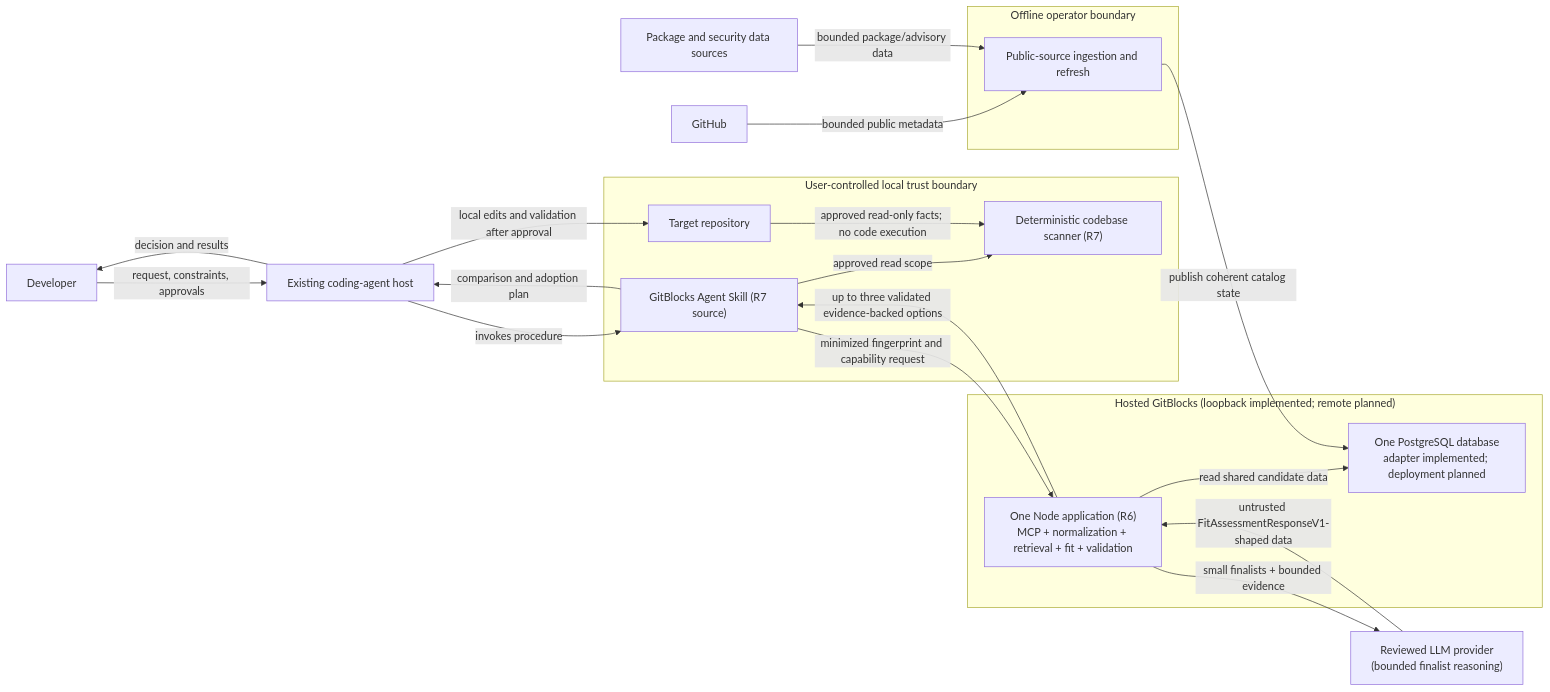
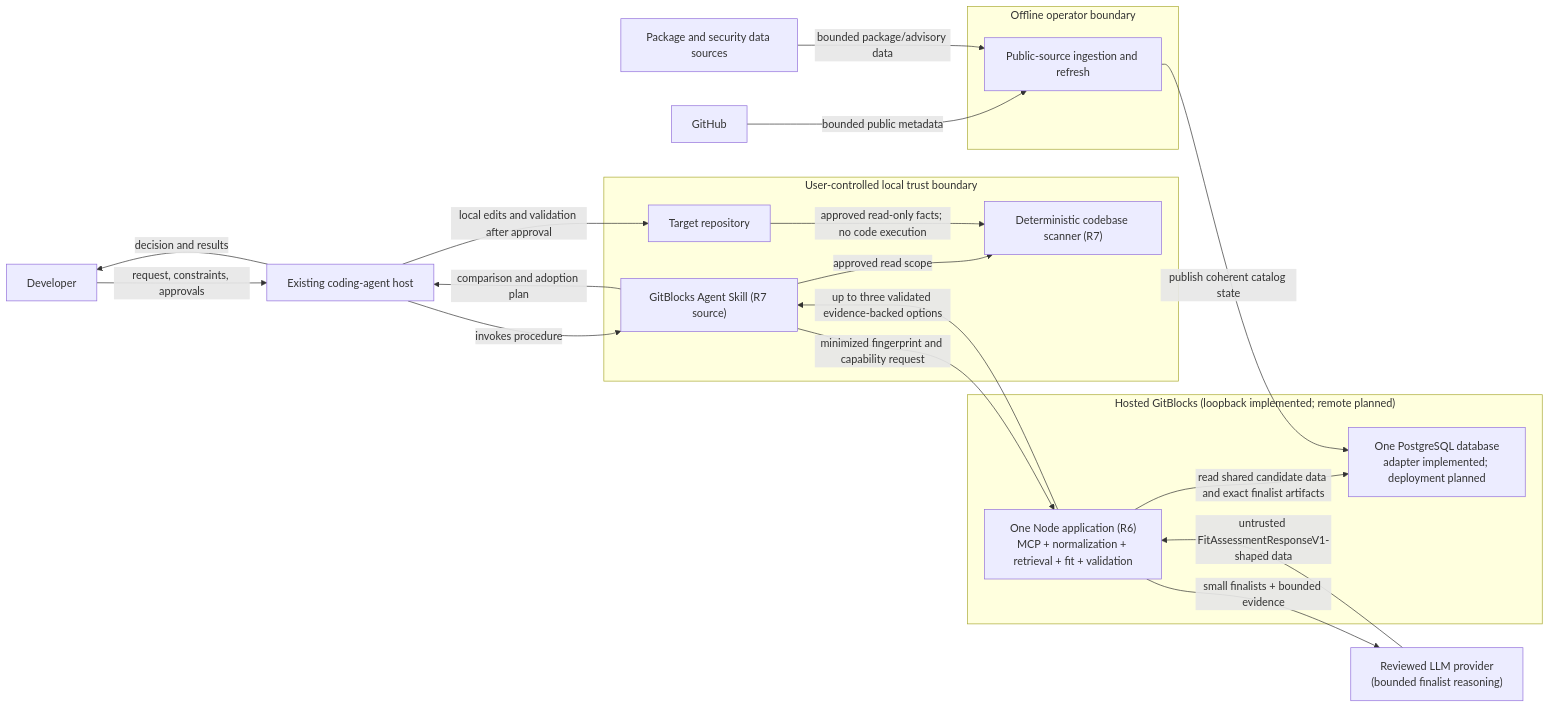
Before and after one commit to kgudipati/gitblocks: the first of 2 diagrams in docs/architecture/system-context.md, drawn with Mermaid. The commit also changed other lines of this file and 37 other files, not shown here.

````diff
--- a/docs/architecture/system-context.md
+++ b/docs/architecture/system-context.md
@@ -242,39 +252,39 @@
 ```mermaid
 flowchart LR
     Developer["Developer"]
     Agent["Existing coding-agent host"]
     GitHub["GitHub"]
     Sources["Package and security data sources"]
     Model["Reviewed LLM provider<br/>(bounded finalist reasoning)"]
 
     subgraph Local["User-controlled local trust boundary"]
         Skill["GitBlocks Agent Skill (R7 source)"]
         Scanner["Deterministic codebase scanner (R7)"]
         Repo["Target repository"]
     end
 
     subgraph Hosted["Hosted GitBlocks (loopback implemented; remote planned)"]
         App["One Node application (R6)<br/>MCP + normalization + retrieval + fit + validation"]
         Postgres["One PostgreSQL database<br/>adapter implemented; deployment planned"]
     end
 
     subgraph Offline["Offline operator boundary"]
         Ingestion["Public-source ingestion and refresh"]
     end
 
     Developer -->|"request, constraints, approvals"| Agent
     Agent -->|"invokes procedure"| Skill
     Skill -->|"approved read scope"| Scanner
     Repo -->|"approved read-only facts; no code execution"| Scanner
     Skill -->|"minimized fingerprint and capability request"| App
-    App -->|"read shared candidate data"| Postgres
+    App -->|"read shared candidate data and exact finalist artifacts"| Postgres
     App -->|"small finalists + bounded evidence"| Model
     Model -->|"untrusted FitAssessmentResponseV1-shaped data"| App
     App -->|"up to three validated evidence-backed options"| Skill
     Skill -->|"comparison and adoption plan"| Agent
     Agent -->|"local edits and validation after approval"| Repo
     Agent -->|"decision and results"| Developer
     GitHub -->|"bounded public metadata"| Ingestion
     Sources -->|"bounded package/advisory data"| Ingestion
     Ingestion -->|"publish coherent catalog state"| Postgres
 ```
````
